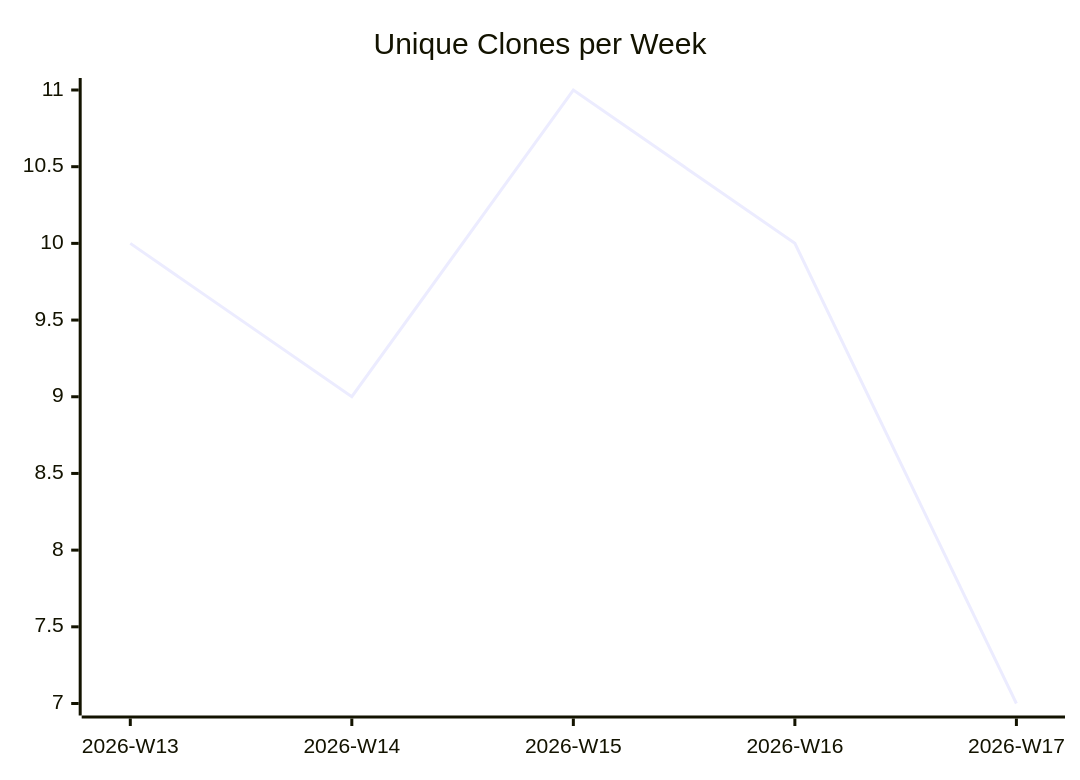
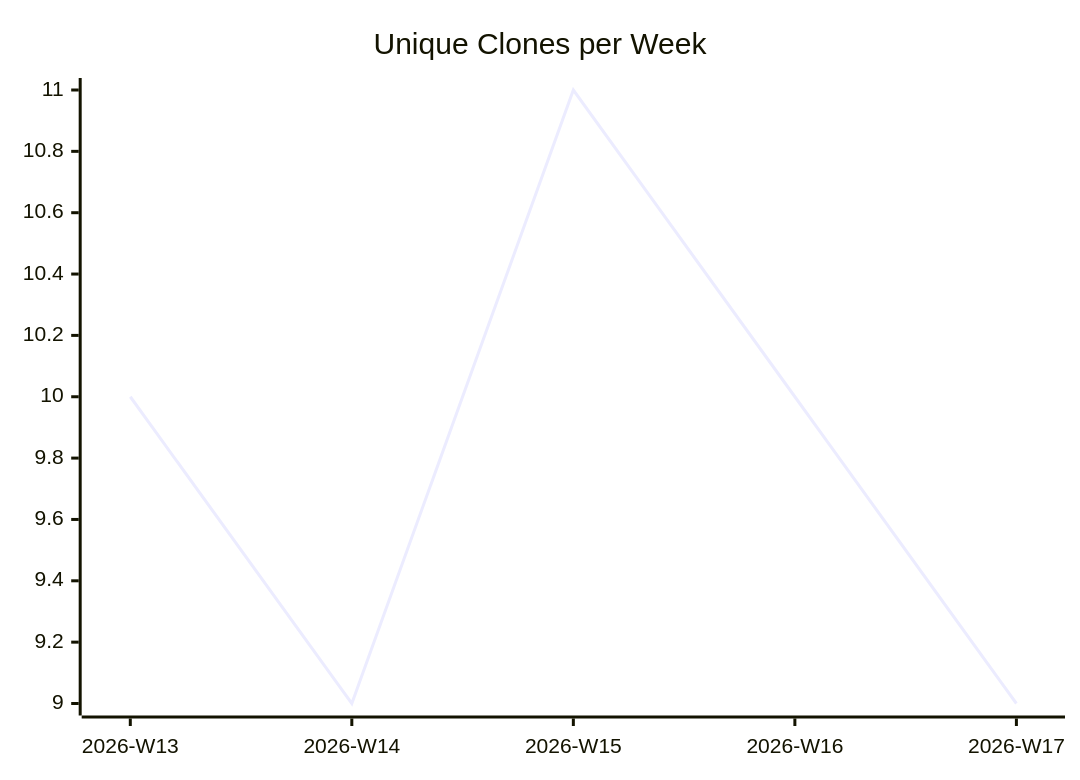
Before and after one commit to justdavis-family/github-analytics-data: the third of 3 diagrams in karlmdavis/usgs-water-api-java/README.md, drawn with Mermaid. The commit also changed other lines of this file and 185 other files, not shown here.

````diff
--- a/karlmdavis/usgs-water-api-java/README.md
+++ b/karlmdavis/usgs-water-api-java/README.md
@@ -19,6 +19,6 @@
 ```mermaid
 xychart-beta
   title "Unique Clones per Week"
   x-axis ["2026-W13", "2026-W14", "2026-W15", "2026-W16", "2026-W17"]
-  line [10, 9, 11, 10, 7]
+  line [10, 9, 11, 10, 9]
 ```
````
